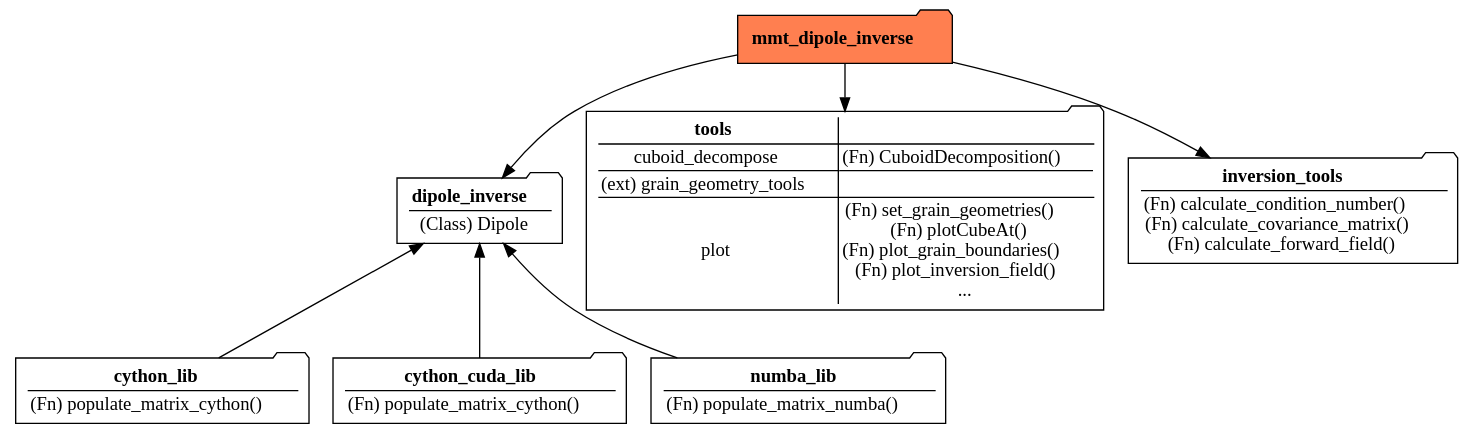
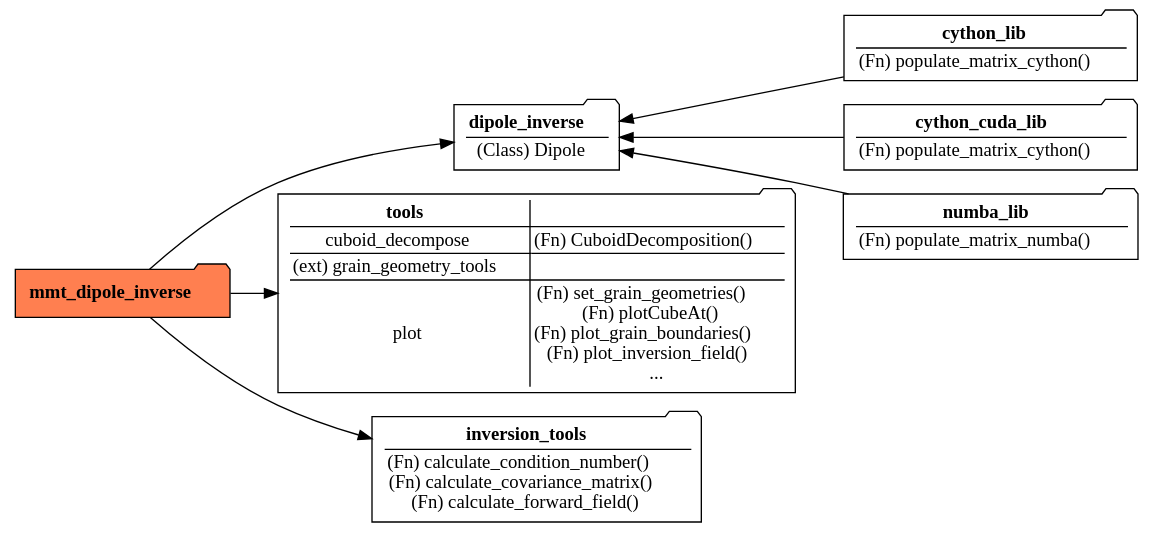
One commit to Micromagnetic-Tomography/mmt_dipole_cuboid_inversion changed the diagram in chest/packages_HTML.dot. Above: the diagram before and after it, drawn with Graphviz.

Commit message:
Updated lib struct

```diff
--- a/chest/packages_HTML.dot
+++ b/chest/packages_HTML.dot
@@ -1,49 +1,50 @@
 digraph "packages" {
     node [shape=folder fontname=FiraMono]
     mmt_dpinv [style=filled fillcolor=coral label=<
         <TABLE BORDER="0" CELLBORDER="0" CELLSPACING="0">
             <TR><TD><B>mmt_dipole_inverse</B></TD></TR>
         </TABLE>>];
     dpinv [label=<
         <TABLE BORDER="0" CELLBORDER="0" ROWS="*" CELLSPACING="1">
             <TR><TD><B>dipole_inverse</B></TD></TR>
             <TR><TD>(Class) Dipole</TD></TR>
         </TABLE>>];
     clib [label=<
         <TABLE BORDER="0" CELLBORDER="0" ROWS="*" COLUMNS="*" CELLSPACING="1">
             <TR><TD><B>cython_lib</B></TD></TR>
             <TR><TD>(Fn) populate_matrix_cython()</TD></TR>
         </TABLE>>];
     cclib [label=<
         <TABLE BORDER="0" CELLBORDER="0" ROWS="*" COLUMNS="*" CELLSPACING="1">
             <TR><TD><B>cython_cuda_lib</B></TD></TR>
             <TR><TD>(Fn) populate_matrix_cython()</TD></TR>
         </TABLE>>];
     nlib [label=<
         <TABLE BORDER="0" CELLBORDER="0" ROWS="*" COLUMNS="*" CELLSPACING="1">
             <TR><TD><B>numba_lib</B></TD></TR>
             <TR><TD>(Fn) populate_matrix_numba()</TD></TR>
         </TABLE>>];
     tools [label=<
         <TABLE BORDER="0" CELLBORDER="0" ROWS="*" COLUMNS="*" CELLSPACING="1">
             <TR><TD><B>tools</B></TD></TR>
             <TR>
               <TD>cuboid_decompose</TD>
               <TD>(Fn) CuboidDecomposition()</TD>
             </TR>
             <TR><TD>(ext) grain_geometry_tools</TD></TR>
             <TR>
               <TD>plot</TD>
               <TD>(Fn) set_grain_geometries()<BR/>(Fn) plotCubeAt()<BR/>(Fn) plot_grain_boundaries()<BR/>(Fn) plot_inversion_field()<BR/>...</TD>
             </TR>
         </TABLE>>];
     invtools [label=<
         <TABLE BORDER="0" CELLBORDER="0" ROWS="*" COLUMNS="*" CELLSPACING="1">
             <TR><TD><B>inversion_tools</B></TD></TR>
             <TR><TD>(Fn) calculate_condition_number()<BR/>(Fn) calculate_covariance_matrix()<BR/>(Fn) calculate_forward_field()</TD></TR>
         </TABLE>>];
+    rankdir=LR;
     mmt_dpinv -> dpinv;
+    mmt_dpinv -> invtools;
+    mmt_dpinv -> tools;
     dpinv -> {clib,cclib,nlib} [dir=back];
-    mmt_dpinv -> tools;
-    mmt_dpinv -> invtools;
 }
```
